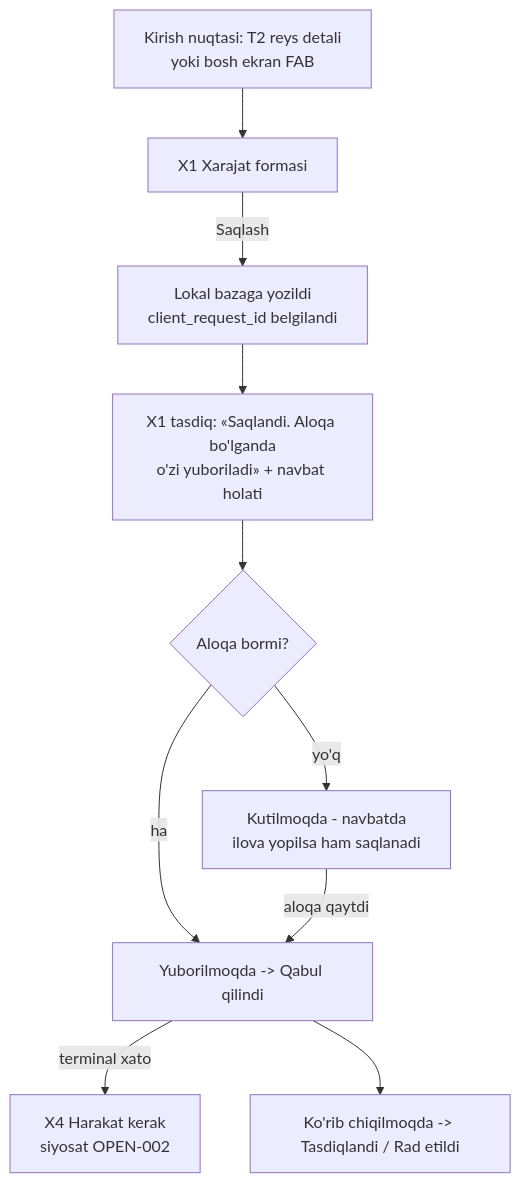
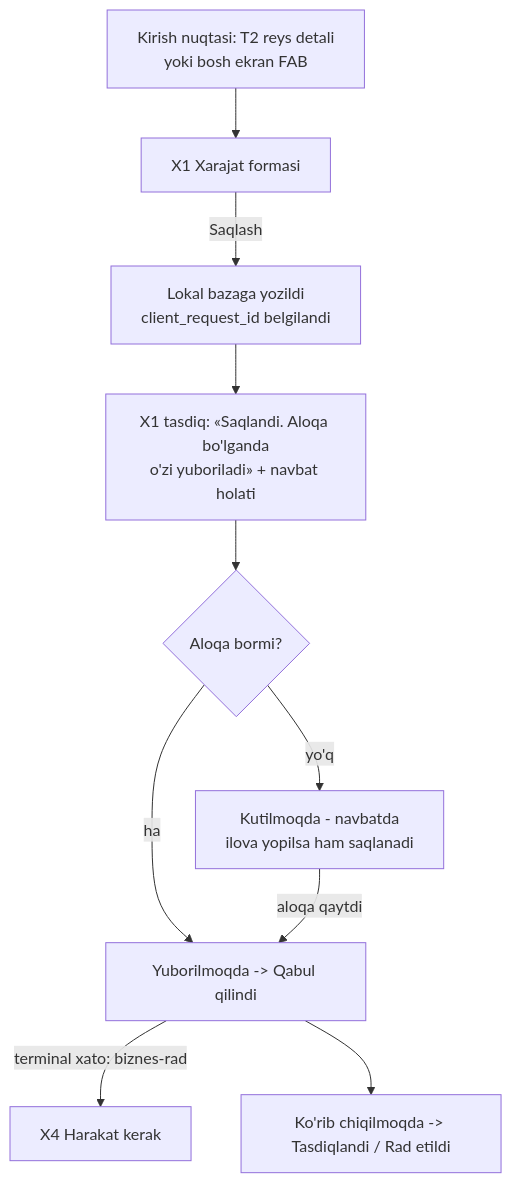
One commit to isadulla7/logicontrol-docs changed the third of 3 diagrams in design/driver/ds-02-reys-va-xarajat.md. Above: the diagram before and after it, drawn with Mermaid. The commit also changed other lines of this file and 7 other files, not shown here.

````diff
--- a/design/driver/ds-02-reys-va-xarajat.md
+++ b/design/driver/ds-02-reys-va-xarajat.md
@@ -108,12 +107,12 @@
 ```mermaid
 flowchart TD
     ENTRY[Kirish nuqtasi: T2 reys detali\nyoki bosh ekran FAB] --> FORM[X1 Xarajat formasi]
     FORM -->|Saqlash| LOCAL[Lokal bazaga yozildi\nclient_request_id belgilandi]
     LOCAL --> CONF[X1 tasdiq: «Saqlandi. Aloqa bo'lganda\no'zi yuboriladi» + navbat holati]
     CONF --> QUEUE{Aloqa bormi?}
     QUEUE -->|ha| SEND[Yuborilmoqda -> Qabul qilindi]
     QUEUE -->|yo'q| WAIT[Kutilmoqda - navbatda\nilova yopilsa ham saqlanadi]
     WAIT -->|aloqa qaytdi| SEND
-    SEND -->|terminal xato| ACTION[X4 Harakat kerak\nsiyosat OPEN-002]
+    SEND -->|terminal xato: biznes-rad| ACTION[X4 Harakat kerak]
     SEND --> BIZ[Ko'rib chiqilmoqda -> Tasdiqlandi / Rad etildi]
 ```
````
